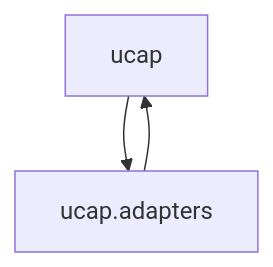
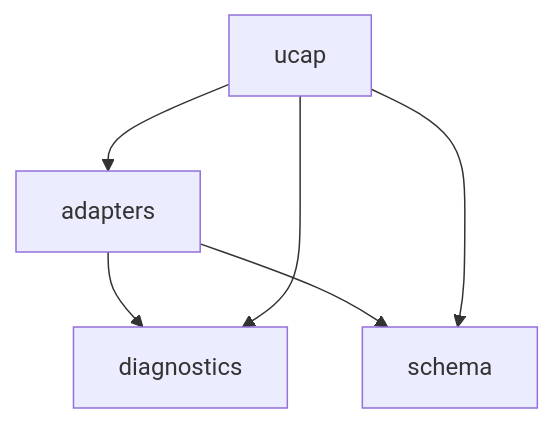
Before and after one commit to kurnoolion/ucap: the diagram in docs/compact/MAP.md, drawn with Mermaid. The commit also changed other lines of this file and 7 other files, not shown here.

````diff
--- a/docs/compact/MAP.md
+++ b/docs/compact/MAP.md
@@ -14,7 +16,12 @@
 ```mermaid
 flowchart TD
+    m_adapters[adapters]
+    m_diagnostics[diagnostics]
+    m_schema[schema]
     m_ucap[ucap]
-    m_ucap_adapters[ucap.adapters]
-    m_ucap --> m_ucap_adapters
-    m_ucap_adapters --> m_ucap
+    m_adapters --> m_diagnostics
+    m_adapters --> m_schema
+    m_ucap --> m_adapters
+    m_ucap --> m_diagnostics
+    m_ucap --> m_schema
 ```
````
